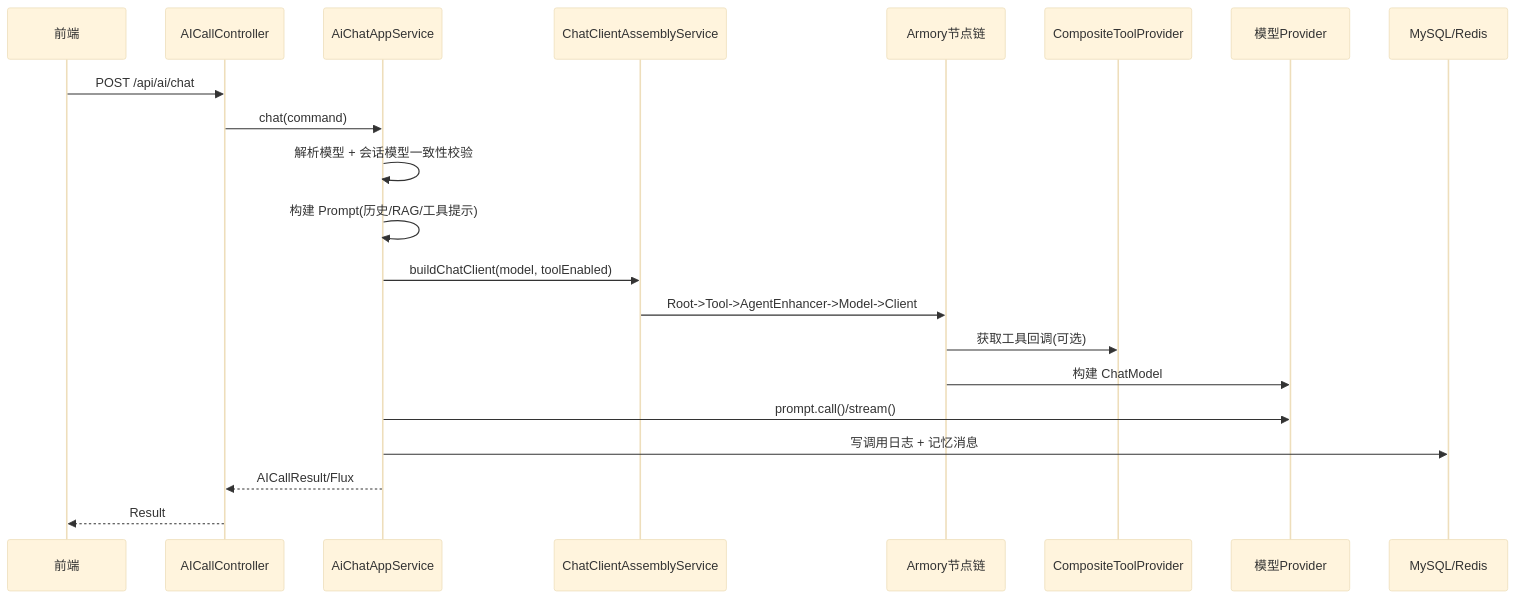
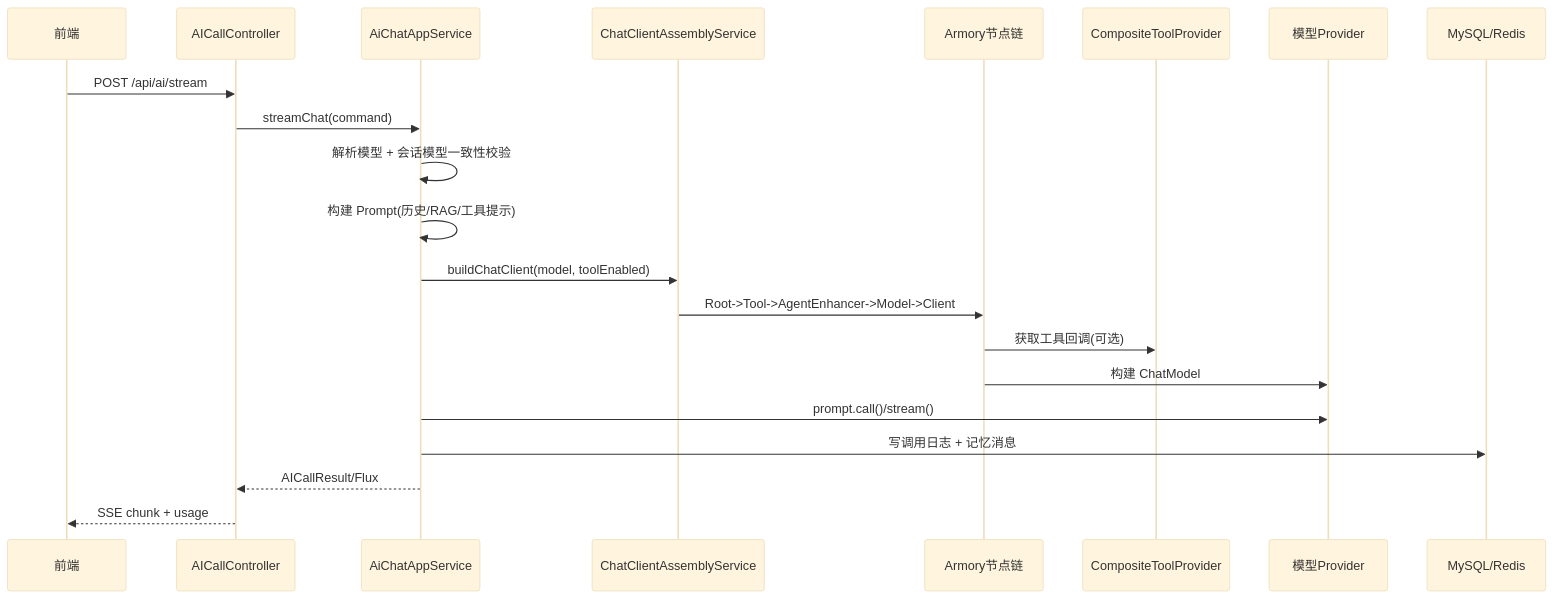
The third of 5 diagrams in README.md (small-xiexu/ai-mcp-knowledge-study), drawn with Mermaid (base theme) before and after one commit. The commit also changed other lines of this file and 8 other files, not shown here.

Commit message:
refactor(ai): remove deprecated /api/ai/chat endpoint

````diff
--- a/README.md
+++ b/README.md
@@ -266,24 +267,24 @@
 ```mermaid
 sequenceDiagram
     participant FE as 前端
     participant C as AICallController
     participant A as AiChatAppService
     participant S as ChatClientAssemblyService
     participant ARM as Armory节点链
     participant TOOL as CompositeToolProvider
     participant M as 模型Provider
     participant DB as MySQL/Redis
 
-    FE->>C: POST /api/ai/chat
-    C->>A: chat(command)
+    FE->>C: POST /api/ai/stream
+    C->>A: streamChat(command)
     A->>A: 解析模型 + 会话模型一致性校验
     A->>A: 构建 Prompt(历史/RAG/工具提示)
     A->>S: buildChatClient(model, toolEnabled)
     S->>ARM: Root->Tool->AgentEnhancer->Model->Client
     ARM->>TOOL: 获取工具回调(可选)
     ARM->>M: 构建 ChatModel
     A->>M: prompt.call()/stream()
     A->>DB: 写调用日志 + 记忆消息
     A-->>C: AICallResult/Flux
-    C-->>FE: Result
+    C-->>FE: SSE chunk + usage
 ```
````
